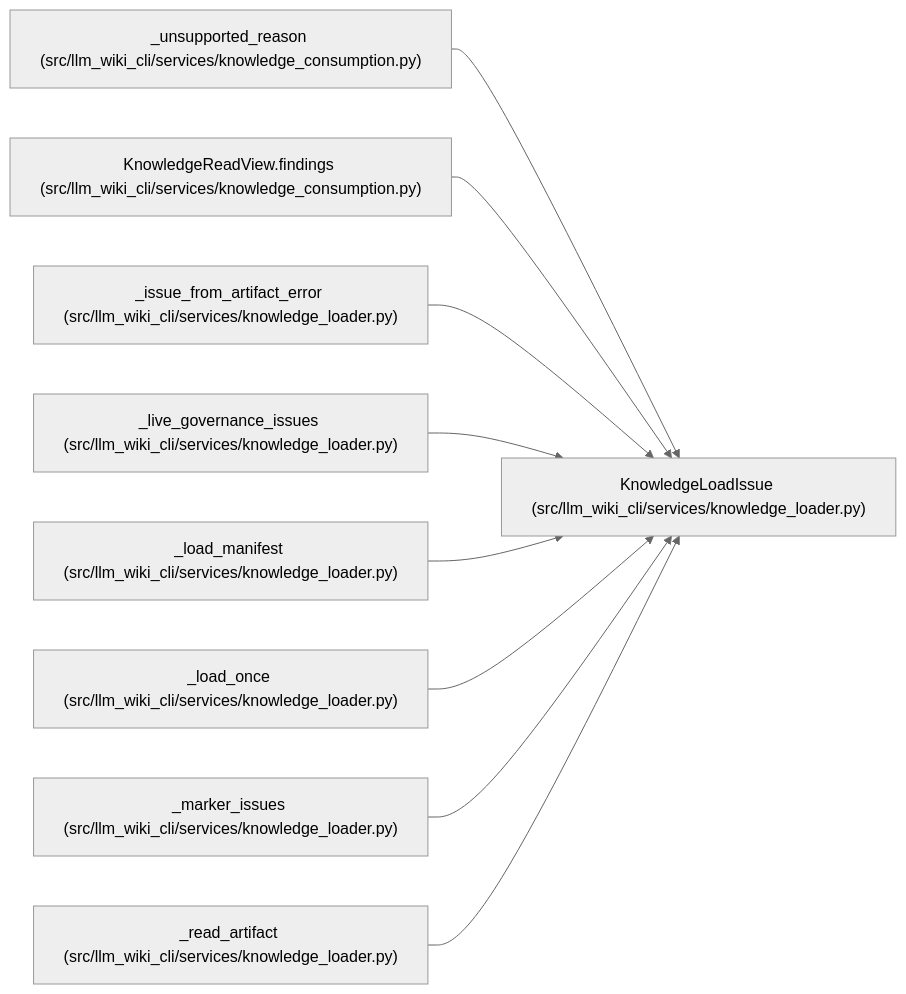
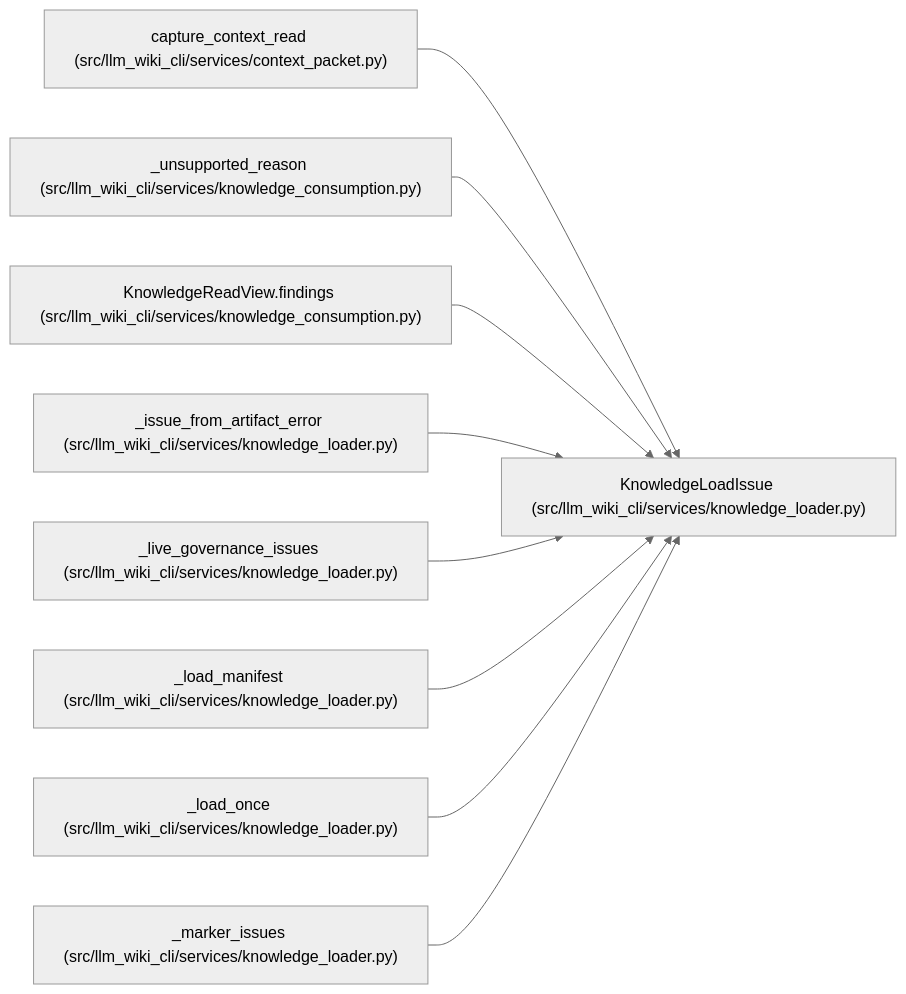
One commit to Denissvgn/python-wiki-llm changed the diagram in docs/llm_wiki/entities/KnowledgeLoadIssue.md. Above: the diagram before and after it, drawn with Mermaid (neutral theme). The commit also changed other lines of this file and 775 other files, not shown here.

````diff
--- a/docs/llm_wiki/entities/KnowledgeLoadIssue.md
+++ b/docs/llm_wiki/entities/KnowledgeLoadIssue.md
@@ -30,29 +30,29 @@
 ```mermaid
 flowchart LR
     n0["KnowledgeLoadIssue (src/llm_wiki_cli/services/knowledge_loader.py)"]
-    n1["_unsupported_reason (src/llm_wiki_cli/services/knowledge_consumption.py)"]
-    n2["KnowledgeReadView.findings (src/llm_wiki_cli/services/knowledge_consumption.py)"]
-    n3["_issue_from_artifact_error (src/llm_wiki_cli/services/knowledge_loader.py)"]
-    n4["_live_governance_issues (src/llm_wiki_cli/services/knowledge_loader.py)"]
-    n5["_load_manifest (src/llm_wiki_cli/services/knowledge_loader.py)"]
-    n6["_load_once (src/llm_wiki_cli/services/knowledge_loader.py)"]
-    n7["_marker_issues (src/llm_wiki_cli/services/knowledge_loader.py)"]
-    n8["_read_artifact (src/llm_wiki_cli/services/knowledge_loader.py)"]
+    n1["capture_context_read (src/llm_wiki_cli/services/context_packet.py)"]
+    n2["_unsupported_reason (src/llm_wiki_cli/services/knowledge_consumption.py)"]
+    n3["KnowledgeReadView.findings (src/llm_wiki_cli/services/knowledge_consumption.py)"]
+    n4["_issue_from_artifact_error (src/llm_wiki_cli/services/knowledge_loader.py)"]
+    n5["_live_governance_issues (src/llm_wiki_cli/services/knowledge_loader.py)"]
+    n6["_load_manifest (src/llm_wiki_cli/services/knowledge_loader.py)"]
+    n7["_load_once (src/llm_wiki_cli/services/knowledge_loader.py)"]
+    n8["_marker_issues (src/llm_wiki_cli/services/knowledge_loader.py)"]
     n1 --> n0
     n2 --> n0
     n3 --> n0
     n4 --> n0
     n5 --> n0
     n6 --> n0
     n7 --> n0
     n8 --> n0
     click n0 "../modules/knowledge_loader.md"
-    click n1 "../modules/knowledge_consumption.md"
+    click n1 "../modules/context_packet.md"
     click n2 "../modules/knowledge_consumption.md"
-    click n3 "../modules/knowledge_loader.md"
+    click n3 "../modules/knowledge_consumption.md"
     click n4 "../modules/knowledge_loader.md"
     click n5 "../modules/knowledge_loader.md"
     click n6 "../modules/knowledge_loader.md"
     click n7 "../modules/knowledge_loader.md"
     click n8 "../modules/knowledge_loader.md"
 ```
````
